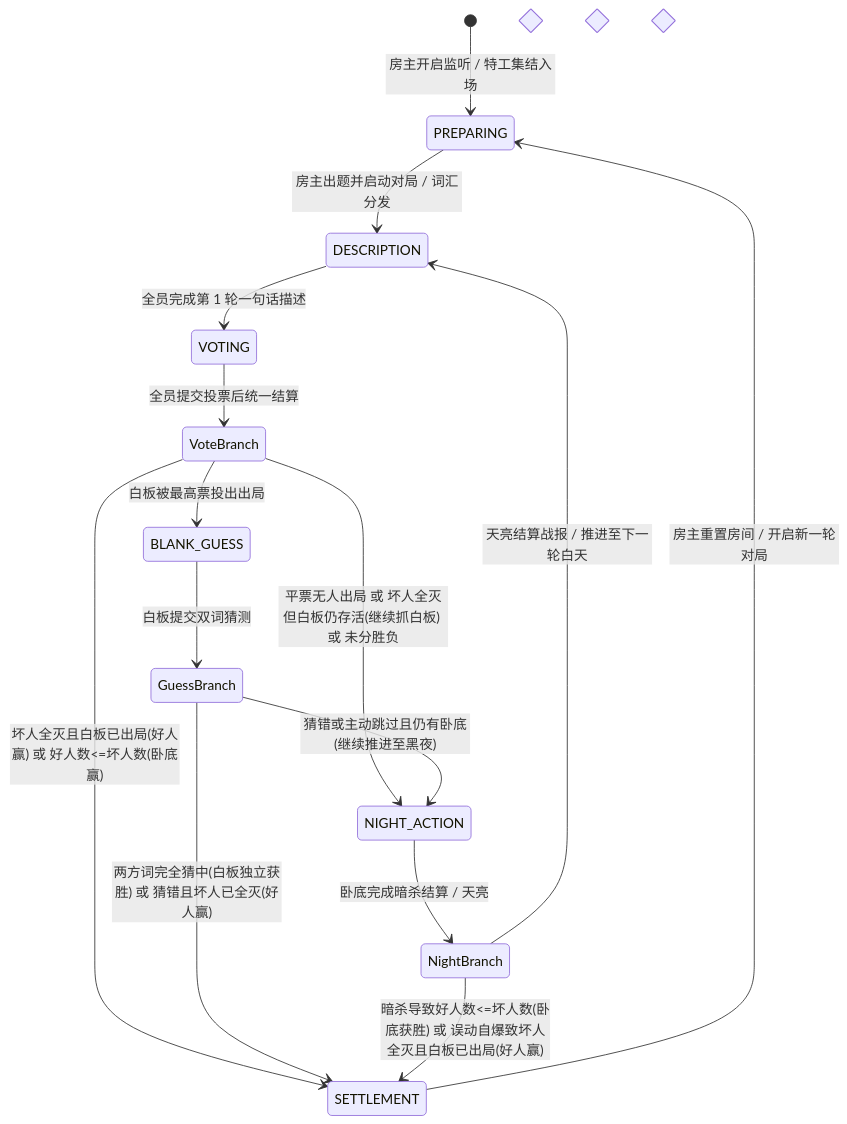
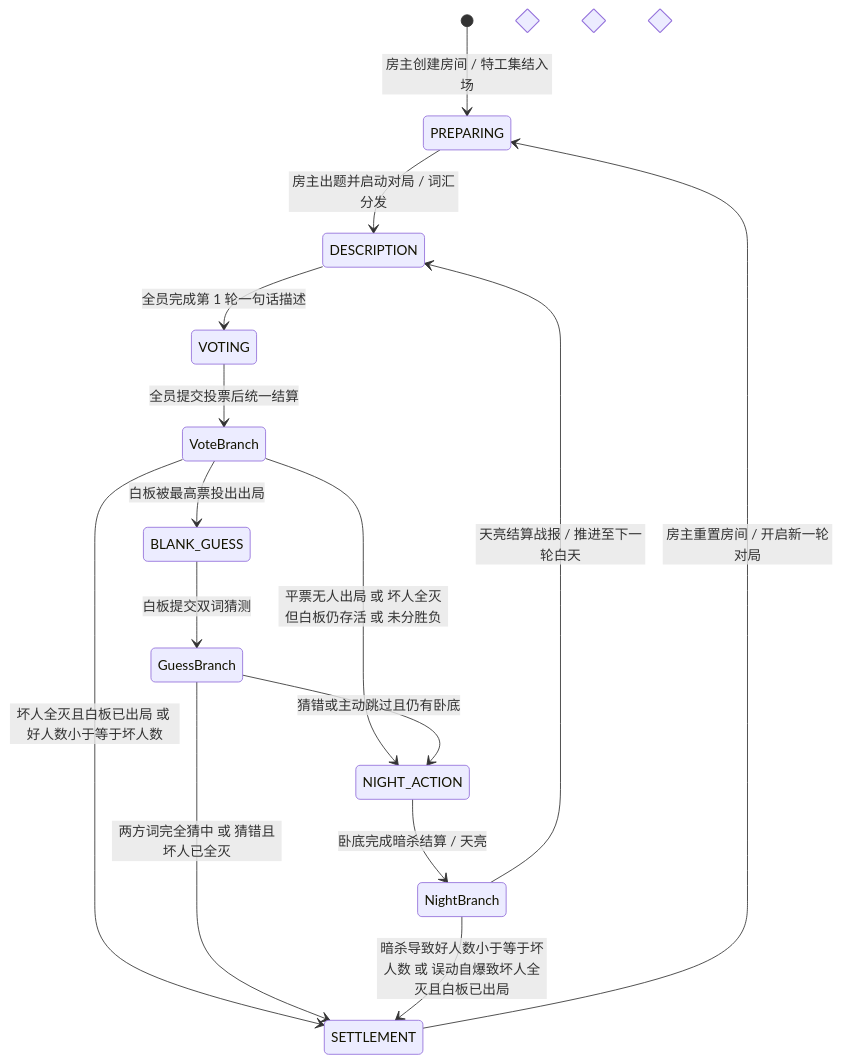
One commit to TfiyuenLau/Word-Guess-Assistant changed the first of 4 diagrams in README.md. Above: the diagram before and after it, drawn with Mermaid. The commit also changed other lines of this file and 4 other files, not shown here.

Commit message:
fix(ci,docs): fix protoc & android SDK setup in GitHub Actions and clean up README mermaid diagrams

````diff
--- a/README.md
+++ b/README.md
@@ -171,25 +171,25 @@
 ```mermaid
 stateDiagram-v2
-    [*] --> PREPARING: 房主开启监听 / 特工集结入场
+    [*] --> PREPARING: 房主创建房间 / 特工集结入场
     PREPARING --> DESCRIPTION: 房主出题并启动对局 / 词汇分发
     DESCRIPTION --> VOTING: 全员完成第 1 轮一句话描述
-  
+
     state "公投判定分支" as VoteBranch <<choice>>
     VOTING --> VoteBranch: 全员提交投票后统一结算
-  
+
     VoteBranch --> BLANK_GUESS: 白板被最高票投出出局
-    VoteBranch --> SETTLEMENT: 坏人全灭且白板已出局(好人赢) 或 好人数<=坏人数(卧底赢)
-    VoteBranch --> NIGHT_ACTION: 平票无人出局 或 坏人全灭但白板仍存活(继续抓白板) 或 未分胜负
-  
+    VoteBranch --> SETTLEMENT: 坏人全灭且白板已出局 或 好人数小于等于坏人数
+    VoteBranch --> NIGHT_ACTION: 平票无人出局 或 坏人全灭但白板仍存活 或 未分胜负
+
     state "白板猜词判定分支" as GuessBranch <<choice>>
     BLANK_GUESS --> GuessBranch: 白板提交双词猜测
-    GuessBranch --> SETTLEMENT: 两方词完全猜中(白板独立获胜) 或 猜错且坏人已全灭(好人赢)
-    GuessBranch --> NIGHT_ACTION: 猜错或主动跳过且仍有卧底(继续推进至黑夜)
-  
+    GuessBranch --> SETTLEMENT: 两方词完全猜中 或 猜错且坏人已全灭
+    GuessBranch --> NIGHT_ACTION: 猜错或主动跳过且仍有卧底
+
     state "黑夜战报判定分支" as NightBranch <<choice>>
     NIGHT_ACTION --> NightBranch: 卧底完成暗杀结算 / 天亮
-    NightBranch --> SETTLEMENT: 暗杀导致好人数<=坏人数(卧底获胜) 或 误动自爆致坏人全灭且白板已出局(好人赢)
+    NightBranch --> SETTLEMENT: 暗杀导致好人数小于等于坏人数 或 误动自爆致坏人全灭且白板已出局
     NightBranch --> DESCRIPTION: 天亮结算战报 / 推进至下一轮白天
-  
+
     SETTLEMENT --> PREPARING: 房主重置房间 / 开启新一轮对局
 ```
````
